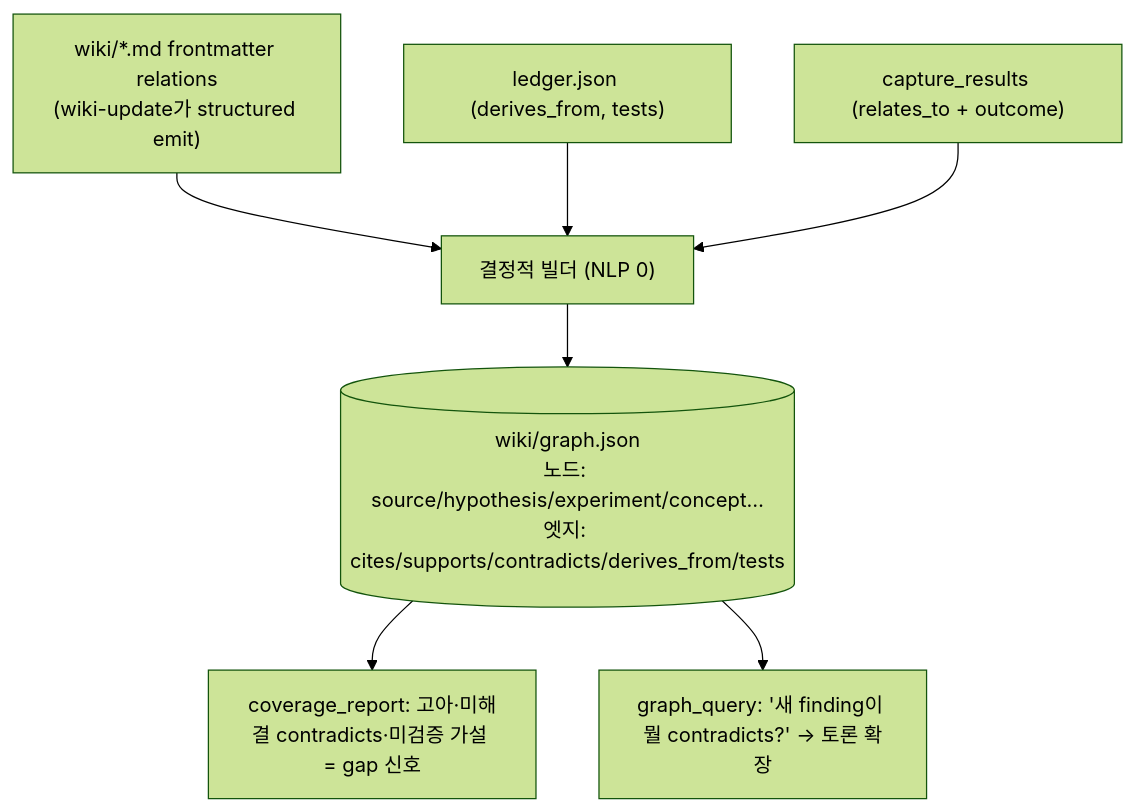
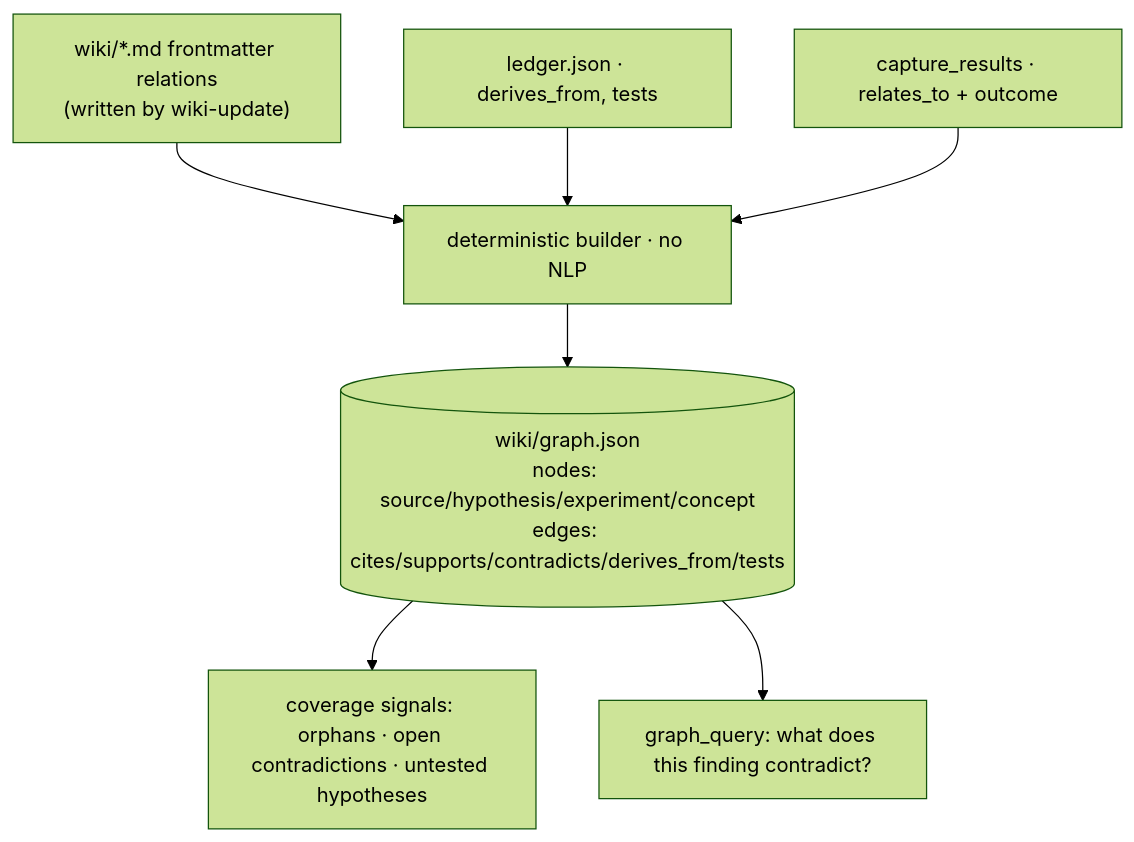
Before and after one commit to JiHyuk-Byun/research-llm: the third of 9 diagrams in docs/research-agent-architecture.md, drawn with Mermaid (forest theme). The commit also changed other lines of this file, not shown here.

First line of the commit message:
docs: rewrite architecture report in English, focused on agent building blocks

````diff
--- a/docs/research-agent-architecture.md
+++ b/docs/research-agent-architecture.md
@@ -302,9 +128,9 @@
 ```mermaid
 flowchart TD
-    MD["wiki/*.md frontmatter relations<br/>(wiki-update가 structured emit)"] --> B["결정적 빌더 (NLP 0)"]
-    LED["ledger.json (derives_from, tests)"] --> B
-    CAP["capture_results (relates_to + outcome)"] --> B
-    B --> G[("wiki/graph.json<br/>노드: source/hypothesis/experiment/concept…<br/>엣지: cites/supports/contradicts/derives_from/tests")]
-    G --> COV["coverage_report: 고아·미해결 contradicts·미검증 가설 = gap 신호"]
-    G --> Q["graph_query: '새 finding이 뭘 contradicts?' → 토론 확장"]
+    MD["wiki/*.md frontmatter relations<br/>(written by wiki-update)"] --> B["deterministic builder · no NLP"]
+    LED["ledger.json · derives_from, tests"] --> B
+    CAP["capture_results · relates_to + outcome"] --> B
+    B --> G[("wiki/graph.json<br/>nodes: source/hypothesis/experiment/concept<br/>edges: cites/supports/contradicts/derives_from/tests")]
+    G --> COV["coverage signals: orphans · open contradictions · untested hypotheses"]
+    G --> Q["graph_query: what does this finding contradict?"]
 ```
````
